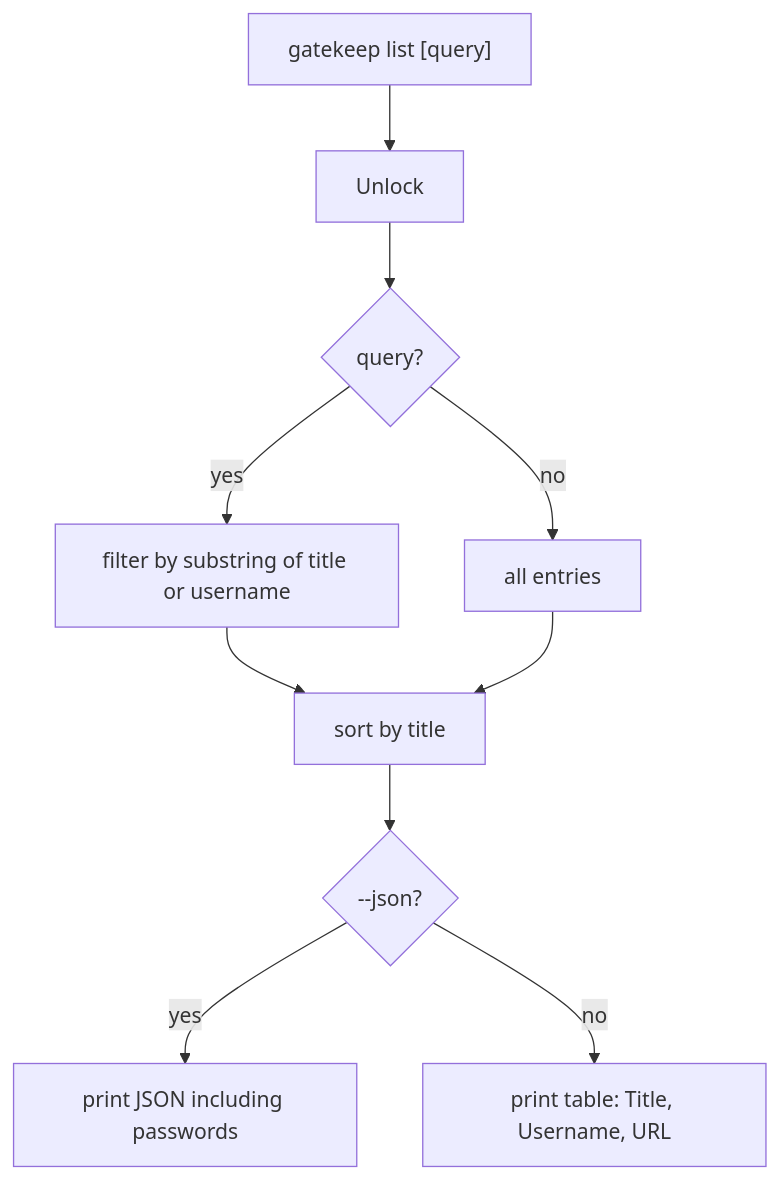
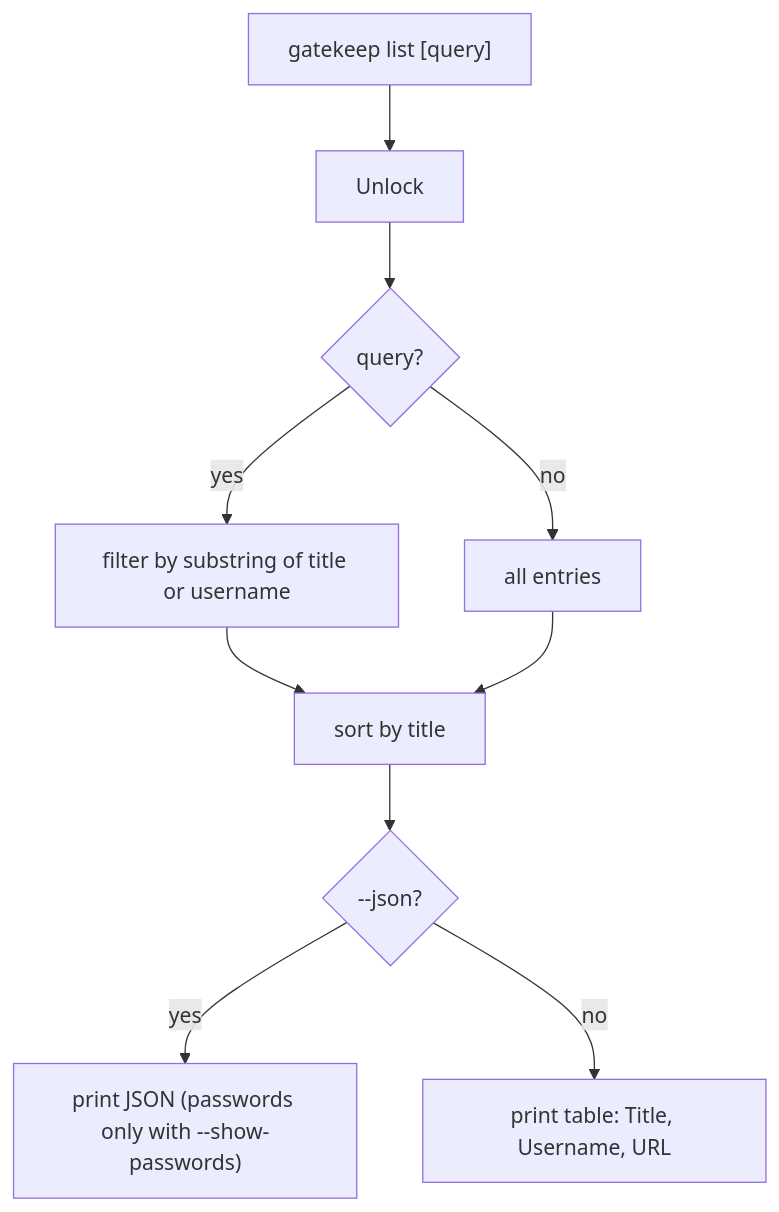
One commit to nxkh4ng/gatekeep changed the fourth of 9 diagrams in cmd/FLOWS.md. Above: the diagram before and after it, drawn with Mermaid. The commit also changed other lines of this file and 9 other files, not shown here.

````diff
--- a/cmd/FLOWS.md
+++ b/cmd/FLOWS.md
@@ -66,12 +69,12 @@
 ```mermaid
 flowchart TD
     A["gatekeep list [query]"] --> U["Unlock"]
     U --> Q{"query?"}
     Q -->|yes| F["filter by substring of title or username"]
     Q -->|no| G["all entries"]
     F --> S["sort by title"]
     G --> S
     S --> J{"--json?"}
-    J -->|yes| K["print JSON including passwords"]
+    J -->|yes| K["print JSON (passwords only with --show-passwords)"]
     J -->|no| L["print table: Title, Username, URL"]
 ```
````
